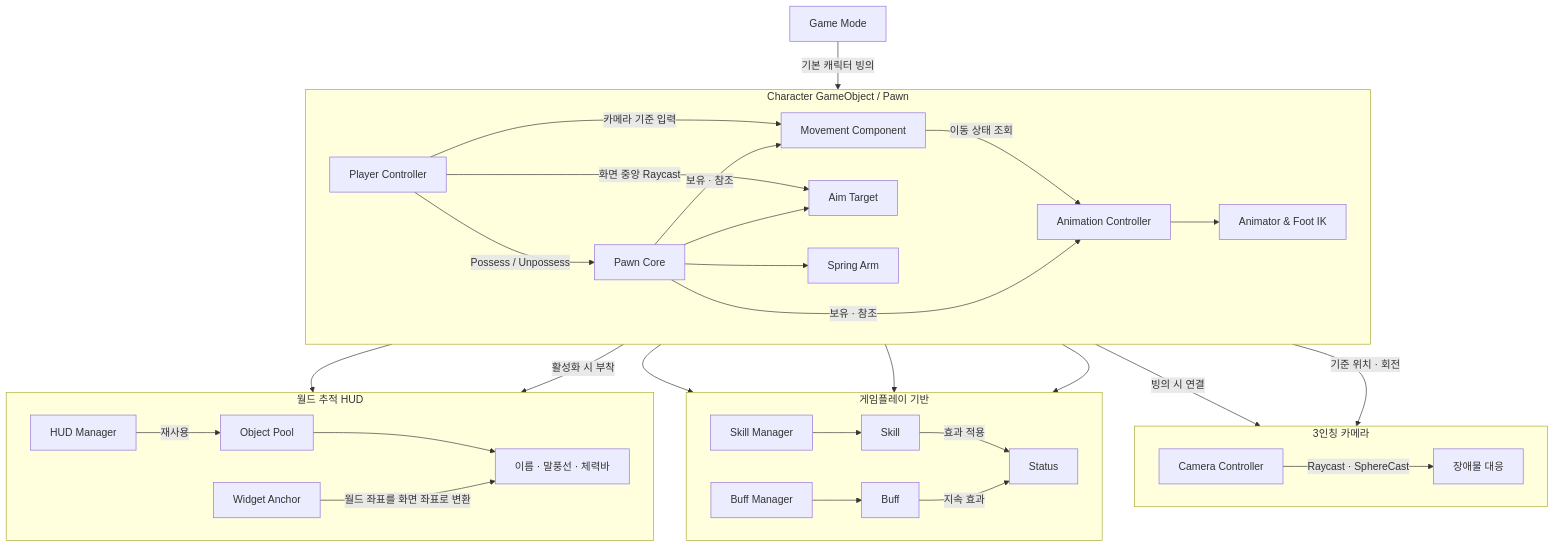
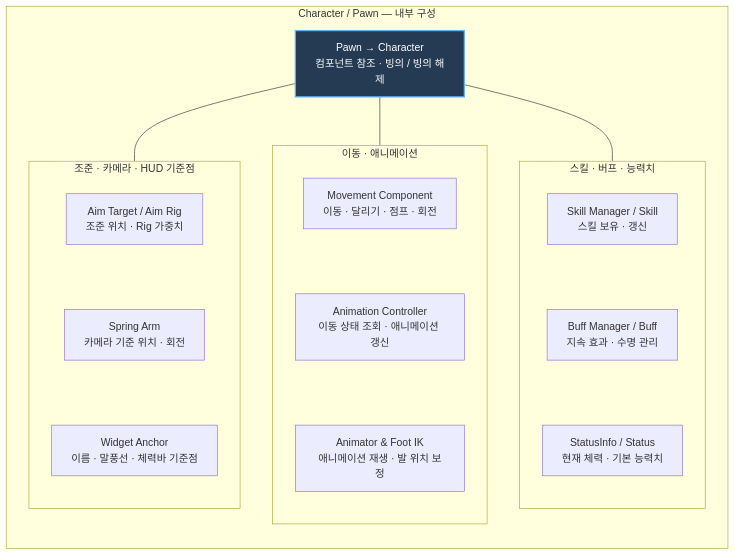
The second of 2 diagrams in README.md (MDJ0126/DJUnityFramework), drawn with Mermaid before and after one commit. The commit also changed other lines of this file, not shown here.

Commit message:
수정

````diff
--- a/README.md
+++ b/README.md
@@ -33,45 +52,37 @@
 ```mermaid
 flowchart TB
-    GameMode[Game Mode] -->|기본 캐릭터 빙의| Controller[Player Controller]
+    subgraph Character["Character / Pawn — 내부 구성"]
+        direction TB
+        Core["Pawn → Character<br/>컴포넌트 참조 · 빙의 / 빙의 해제"]
+        Core --- Motion
+        Core --- Gameplay
+        Core --- Targets
 
-    subgraph Character[Character GameObject / Pawn]
-        direction LR
-        Pawn[Pawn Core] -->|보유 · 참조| Movement[Movement Component]
-        Pawn -->|보유 · 참조| Animation[Animation Controller]
-        Pawn --> Aim[Aim Target]
-        Pawn --> SpringArm[Spring Arm]
-        Controller -->|카메라 기준 입력| Movement
-        Movement -->|이동 상태 조회| Animation
-        Animation --> FootIK[Animator & Foot IK]
-        Controller -->|화면 중앙 Raycast| Aim
+        subgraph Motion["이동 · 애니메이션"]
+            direction TB
+            Movement["Movement Component<br/>이동 · 달리기 · 점프 · 회전"]
+            Animation["Animation Controller<br/>이동 상태 조회 · 애니메이션 갱신"]
+            FootIK["Animator & Foot IK<br/>애니메이션 재생 · 발 위치 보정"]
+            Movement ~~~ Animation ~~~ FootIK
+        end
+
+        subgraph Gameplay["스킬 · 버프 · 능력치"]
+            direction TB
+            Skills["Skill Manager / Skill<br/>스킬 보유 · 갱신"]
+            Buffs["Buff Manager / Buff<br/>지속 효과 · 수명 관리"]
+            Status["StatusInfo / Status<br/>현재 체력 · 기본 능력치"]
+            Skills ~~~ Buffs ~~~ Status
+        end
+
+        subgraph Targets["조준 · 카메라 · HUD 기준점"]
+            direction TB
+            Aim["Aim Target / Aim Rig<br/>조준 위치 · Rig 가중치"]
+            SpringArm["Spring Arm<br/>카메라 기준 위치 · 회전"]
+            Anchor["Widget Anchor<br/>이름 · 말풍선 · 체력바 기준점"]
+            Aim ~~~ SpringArm ~~~ Anchor
+        end
     end
 
-    subgraph Camera[3인칭 카메라]
-        direction LR
-        Controller -->|빙의 시 연결| CameraController[Camera Controller]
-        SpringArm -->|기준 위치 · 회전| CameraController
-        CameraController -->|Raycast · SphereCast| Collision[장애물 대응]
-    end
-
-    Controller -->|Possess / Unpossess| Pawn
-
-    subgraph Gameplay[게임플레이 기반]
-        direction LR
-        Pawn --> SkillManager[Skill Manager]
-        Pawn --> BuffManager[Buff Manager]
-        Pawn --> Status[Status]
-        SkillManager --> Skill[Skill]
-        BuffManager --> Buff[Buff]
-        Skill -->|효과 적용| Status
-        Buff -->|지속 효과| Status
-    end
-
-    subgraph UI[월드 추적 HUD]
-        direction LR
-        Pawn --> Anchor[Widget Anchor]
-        Pawn -->|활성화 시 부착| HUDManager[HUD Manager]
-        HUDManager -->|재사용| Pool[Object Pool]
-        Pool --> FollowHUD[이름 · 말풍선 · 체력바]
-        Anchor -->|월드 좌표를 화면 좌표로 변환| FollowHUD
-    end
+    classDef focus fill:#243b53,stroke:#63b3ed,color:#fff,stroke-width:2px
+    class Core focus
 ```
````
